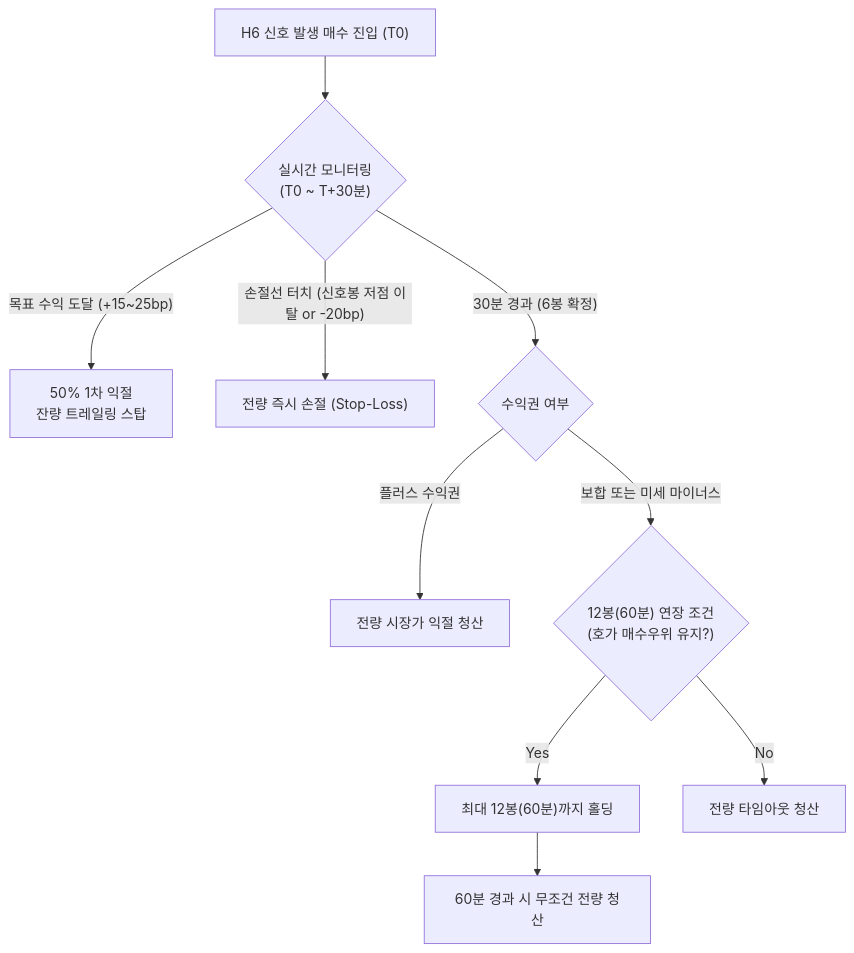
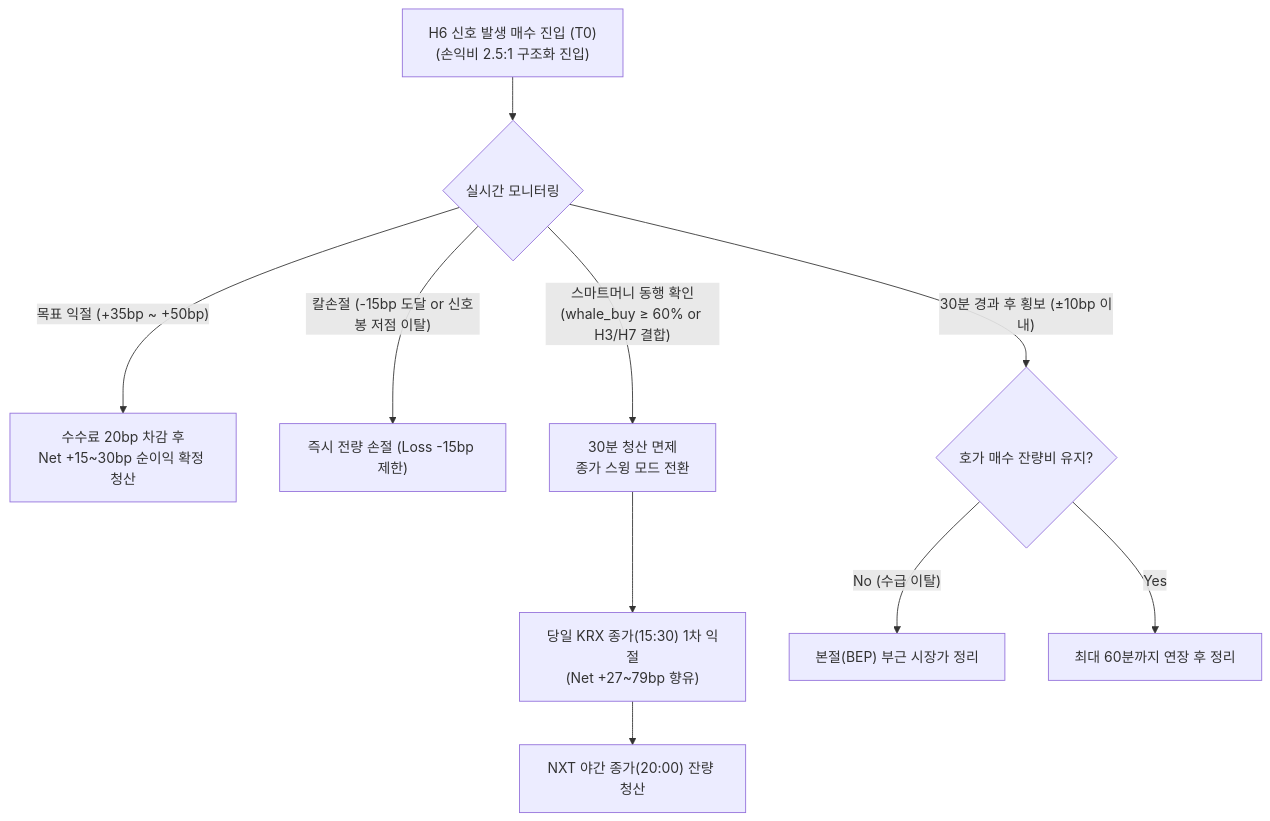
The diagram in docs/14-intensity_absorption_trading_guide.md (flowtide/rrr-swing), drawn with Mermaid before and after one commit. The commit also changed other lines of this file, not shown here.

Commit message:
docs: 거래비용(20bp) 장벽 및 수수료 극복 실전 셋업(docs/14) 보완

````diff
--- a/docs/14-intensity_absorption_trading_guide.md
+++ b/docs/14-intensity_absorption_trading_guide.md
@@ -76,12 +104,12 @@
 ```mermaid
 flowchart TD
-    A["H6 신호 발생 매수 진입 (T0)"] --> B{"실시간 모니터링<br>(T0 ~ T+30분)"}
-    B -- "목표 수익 도달 (+15~25bp)" --> C["50% 1차 익절<br>잔량 트레일링 스탑"]
-    B -- "손절선 터치 (신호봉 저점 이탈 or -20bp)" --> D["전량 즉시 손절 (Stop-Loss)"]
-    B -- "30분 경과 (6봉 확정)" --> E{"수익권 여부"}
-    E -- "플러스 수익권" --> F["전량 시장가 익절 청산"]
-    E -- "보합 또는 미세 마이너스" --> G{"12봉(60분) 연장 조건<br>(호가 매수우위 유지?)"}
-    G -- "Yes" --> H["최대 12봉(60분)까지 홀딩"]
-    G -- "No" --> I["전량 타임아웃 청산"]
-    H --> J["60분 경과 시 무조건 전량 청산"]
+    A["H6 신호 발생 매수 진입 (T0)<br>(손익비 2.5:1 구조화 진입)"] --> B{"실시간 모니터링"}
+    B -- "목표 익절 (+35bp ~ +50bp)" --> C["수수료 20bp 차감 후<br>Net +15~30bp 순이익 확정 청산"]
+    B -- "칼손절 (-15bp 도달 or 신호봉 저점 이탈)" --> D["즉시 전량 손절 (Loss -15bp 제한)"]
+    B -- "스마트머니 동행 확인<br>(whale_buy ≥ 60% or H3/H7 결합)" --> E["30분 청산 면제<br>종가 스윙 모드 전환"]
+    E --> F["당일 KRX 종가(15:30) 1차 익절<br>(Net +27~79bp 향유)"]
+    F --> G["NXT 야간 종가(20:00) 잔량 청산"]
+    B -- "30분 경과 후 횡보 (±10bp 이내)" --> H{"호가 매수 잔량비 유지?"}
+    H -- "No (수급 이탈)" --> I["본절(BEP) 부근 시장가 정리"]
+    H -- "Yes" --> J["최대 60분까지 연장 후 정리"]
 ```
````
